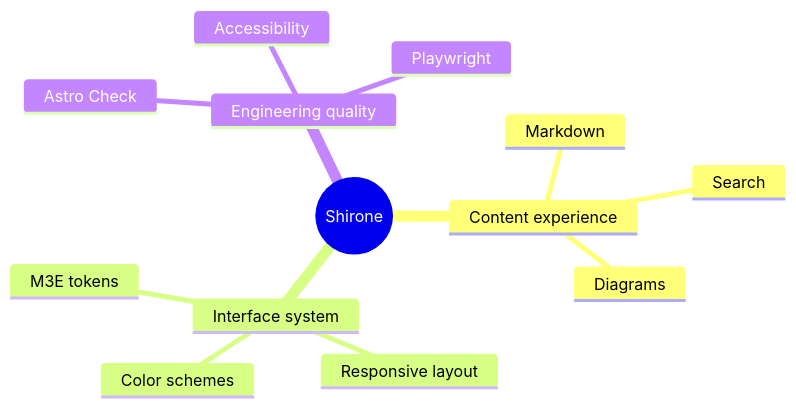
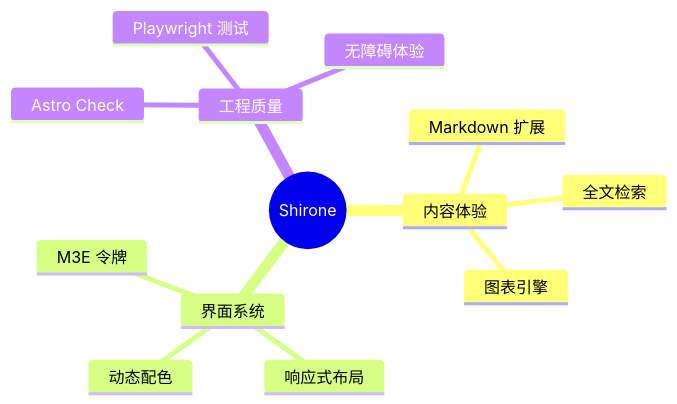
One commit to Dawn6666666/Shirone changed the ninth of 14 diagrams in src/content/posts/markdown-mermaid.md. Above: the diagram before and after it, drawn with Mermaid. The commit also changed other lines of this file and 28 other files, not shown here.

````diff
--- a/src/content/posts/markdown-mermaid.md
+++ b/src/content/posts/markdown-mermaid.md
@@ -191,16 +191,16 @@
 ```mermaid
 mindmap
   root((Shirone))
-    Content experience
-      Markdown
-      Search
-      Diagrams
-    Interface system
-      M3E tokens
-      Responsive layout
-      Color schemes
-    Engineering quality
+    内容体验
+      Markdown 扩展
+      全文检索
+      图表引擎
+    界面系统
+      M3E 令牌
+      响应式布局
+      动态配色
+    工程质量
       Astro Check
-      Playwright
-      Accessibility
+      Playwright 测试
+      无障碍体验
 ```
````
